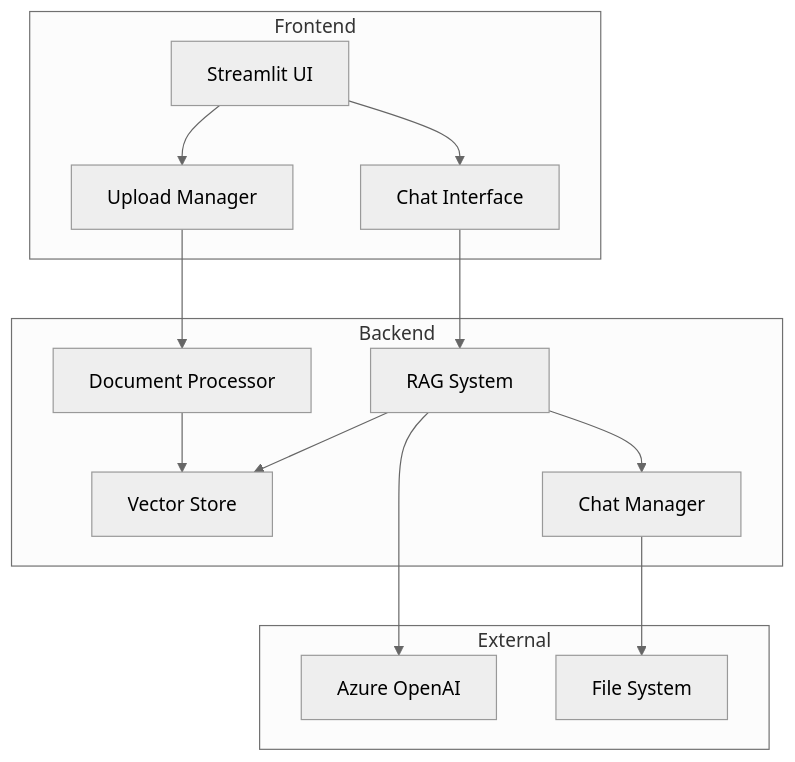
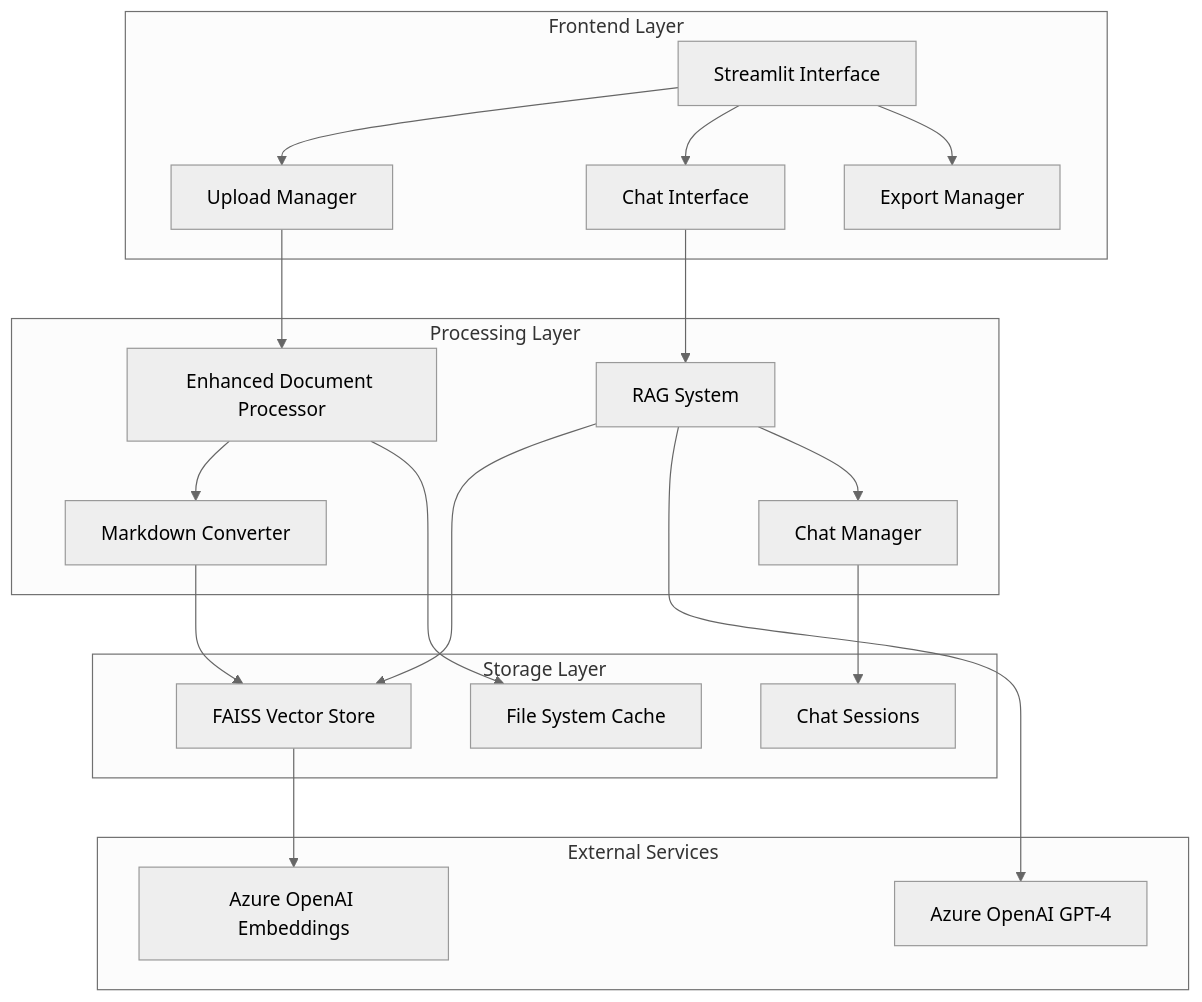
Before and after one commit to chrisputzu/project-work-gruppo2: the first of 2 diagrams in README.md, drawn with Mermaid (neutral theme). The commit also changed other lines of this file and 393 other files, not shown here.

````diff
--- a/README.md
+++ b/README.md
@@ -11,30 +39,41 @@
 ```mermaid
 graph TB
-    subgraph Frontend
-        UI[Streamlit UI]
+    subgraph " Frontend Layer"
+        UI[Streamlit Interface]
         Upload[Upload Manager]
         Chat[Chat Interface]
+        Export[Export Manager]
     end
     
-    subgraph Backend
-        DP[Document Processor]
-        VS[Vector Store]
+    subgraph " Processing Layer"
+        DP[Enhanced Document Processor]
         RAG[RAG System]
         CM[Chat Manager]
+        MD[Markdown Converter]
     end
     
-    subgraph External
-        AOAI[Azure OpenAI]
-        FS[File System]
+    subgraph " Storage Layer"
+        VS[FAISS Vector Store]
+        FS[File System Cache]
+        CS[Chat Sessions]
+    end
+    
+    subgraph " External Services"
+        AOAI[Azure OpenAI GPT-4]
+        EMBD[Azure OpenAI Embeddings]
     end
     
     UI --> Upload
     UI --> Chat
+    UI --> Export
     Upload --> DP
-    DP --> VS
+    DP --> MD
+    MD --> VS
     Chat --> RAG
     RAG --> VS
     RAG --> AOAI
-    CM --> FS
     RAG --> CM
+    CM --> CS
+    DP --> FS
+    VS --> EMBD
 ```
````
